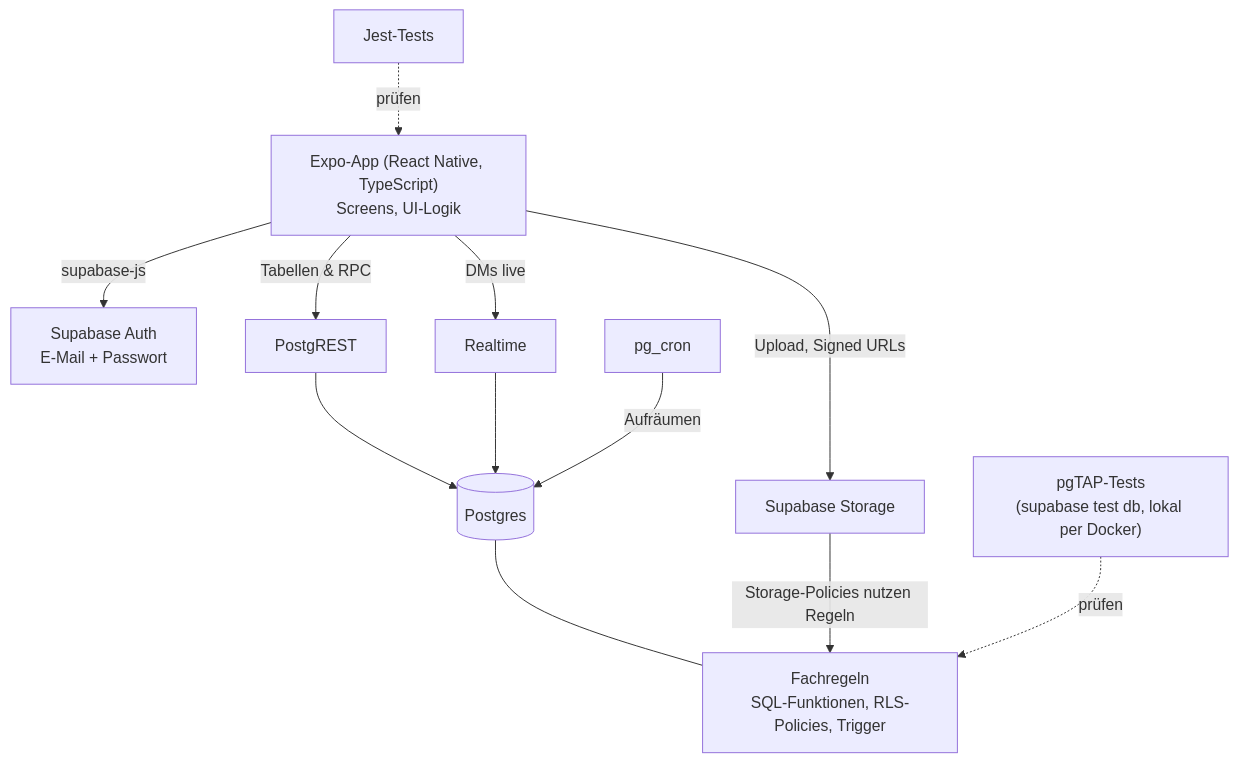
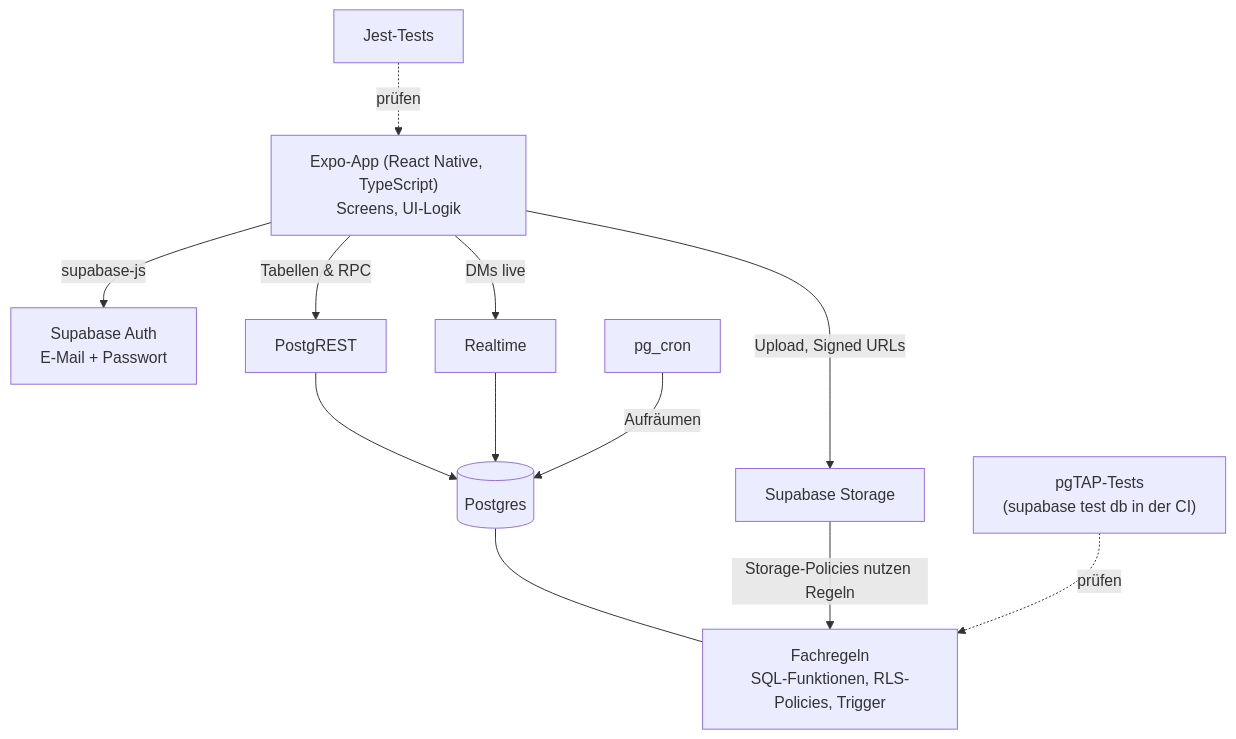
Before and after one commit to Exonity1/u-social-app: the first of 2 diagrams in docs/architektur.md, drawn with Mermaid. The commit also changed other lines of this file and 9 other files, not shown here.

First line of the commit message:
Entwicklungs-Setup: lokal per USB testen, Cloud nur über main

````diff
--- a/docs/architektur.md
+++ b/docs/architektur.md
@@ -10,14 +10,14 @@
 ```mermaid
 flowchart TD
     App["Expo-App (React Native, TypeScript)<br/>Screens, UI-Logik"] -->|supabase-js| Auth[Supabase Auth<br/>E-Mail + Passwort]
     App -->|Tabellen & RPC| API[PostgREST]
     App -->|Upload, Signed URLs| Storage[Supabase Storage]
     App -->|DMs live| RT[Realtime]
     API --> DB[(Postgres)]
     RT --> DB
     DB --- Rules["Fachregeln<br/>SQL-Funktionen, RLS-Policies, Trigger"]
     Storage -->|Storage-Policies nutzen Regeln| Rules
     Cron[pg_cron] -->|Aufräumen| DB
-    Tests["pgTAP-Tests<br/>(supabase test db, lokal per Docker)"] -.prüfen.-> Rules
+    Tests["pgTAP-Tests<br/>(supabase test db in der CI)"] -.prüfen.-> Rules
     Jest["Jest-Tests"] -.prüfen.-> App
 ```
````
